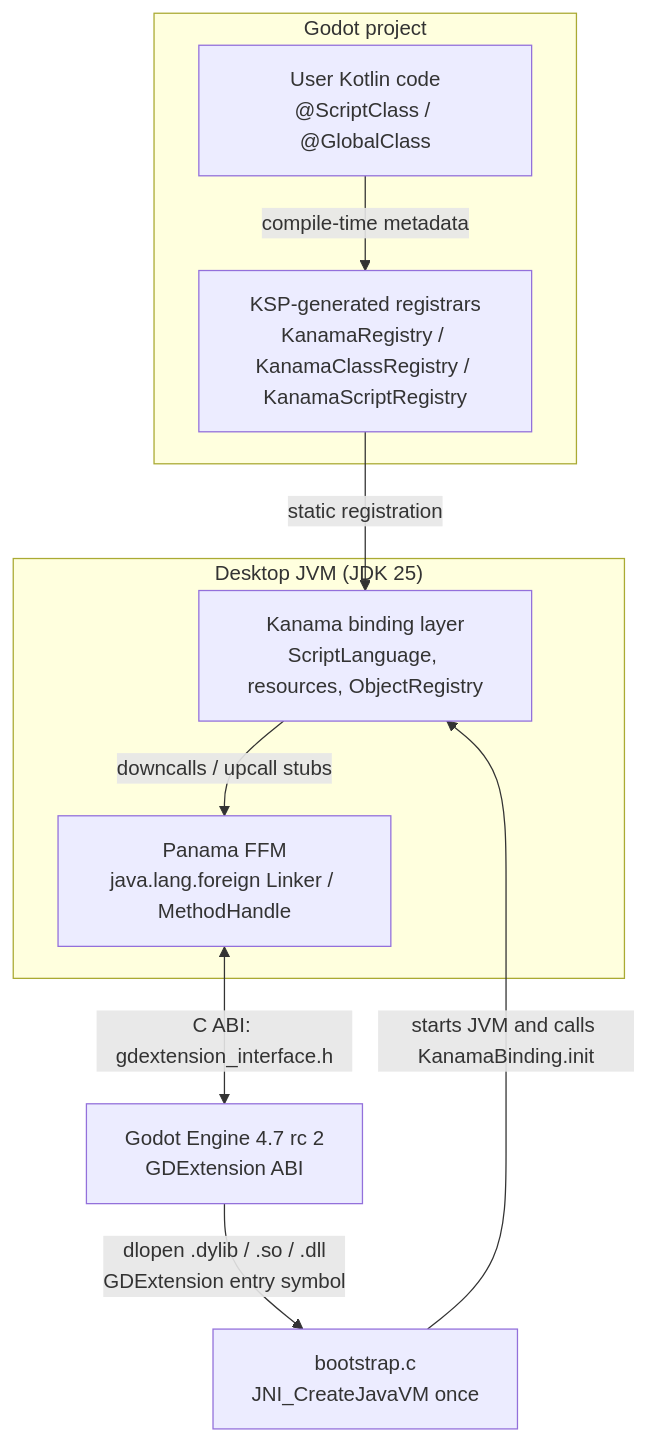
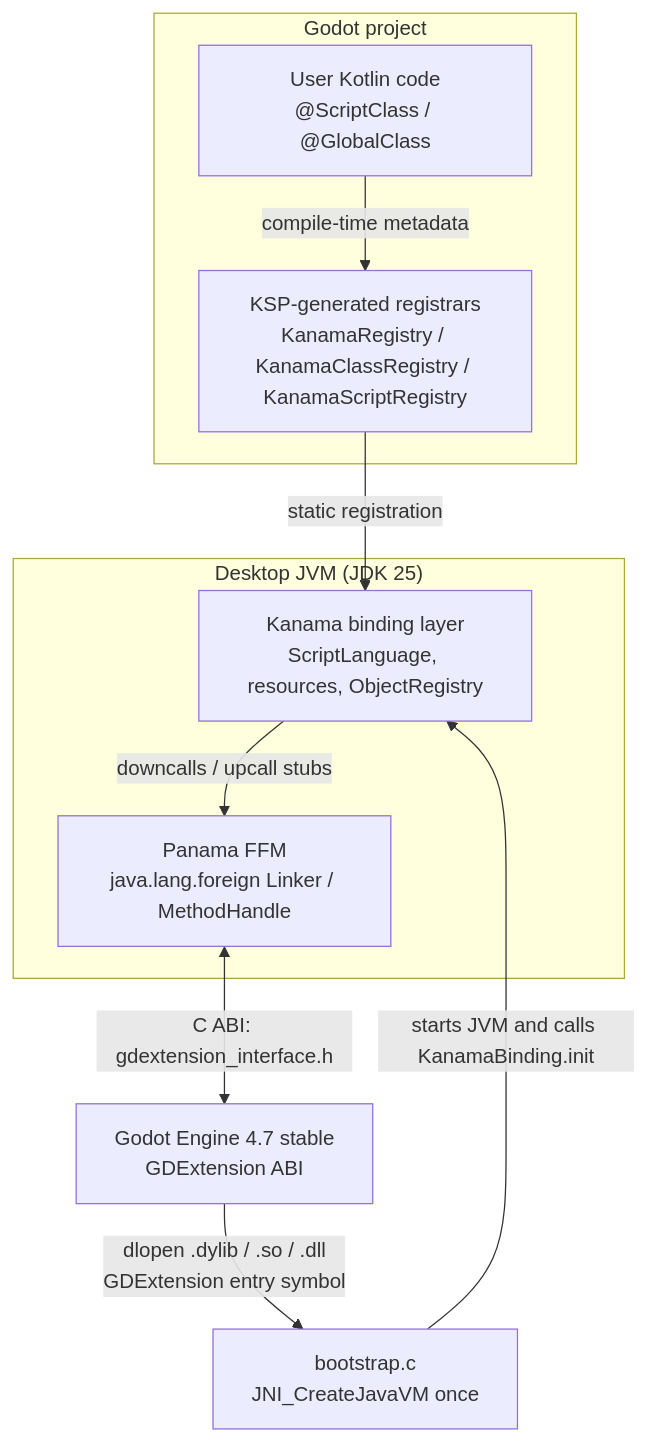
Before and after one commit to T-bond/kanama: the first of 5 diagrams in docs/contributing/architecture.md, drawn with Mermaid. The commit also changed 22 other files, not shown here.

````diff
--- a/docs/contributing/architecture.md
+++ b/docs/contributing/architecture.md
@@ -20,22 +20,22 @@
 ```mermaid
 flowchart TB
     subgraph PROJECT["Godot project"]
         USER["User Kotlin code<br/>@ScriptClass / @GlobalClass"]
         KSP["KSP-generated registrars<br/>KanamaRegistry / KanamaClassRegistry / KanamaScriptRegistry"]
     end
 
     subgraph JVM["Desktop JVM (JDK 25)"]
         BINDING["Kanama binding layer<br/>ScriptLanguage, resources, ObjectRegistry"]
         FFM["Panama FFM<br/>java.lang.foreign Linker / MethodHandle"]
     end
 
     BOOT["bootstrap.c<br/>JNI_CreateJavaVM once"]
-    GODOT["Godot Engine 4.7 rc 2<br/>GDExtension ABI"]
+    GODOT["Godot Engine 4.7 stable<br/>GDExtension ABI"]
 
     USER -->|"compile-time metadata"| KSP
     KSP -->|"static registration"| BINDING
     GODOT -->|"dlopen .dylib / .so / .dll<br/>GDExtension entry symbol"| BOOT
     BOOT -->|"starts JVM and calls KanamaBinding.init"| BINDING
     BINDING -->|"downcalls / upcall stubs"| FFM
     FFM <-->|"C ABI: gdextension_interface.h"| GODOT
 ```
````
